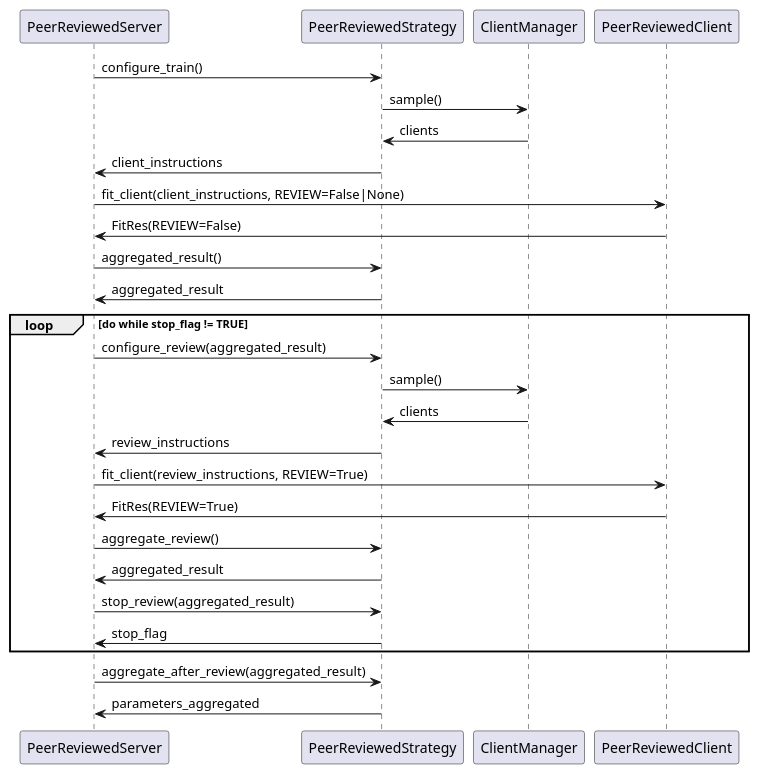
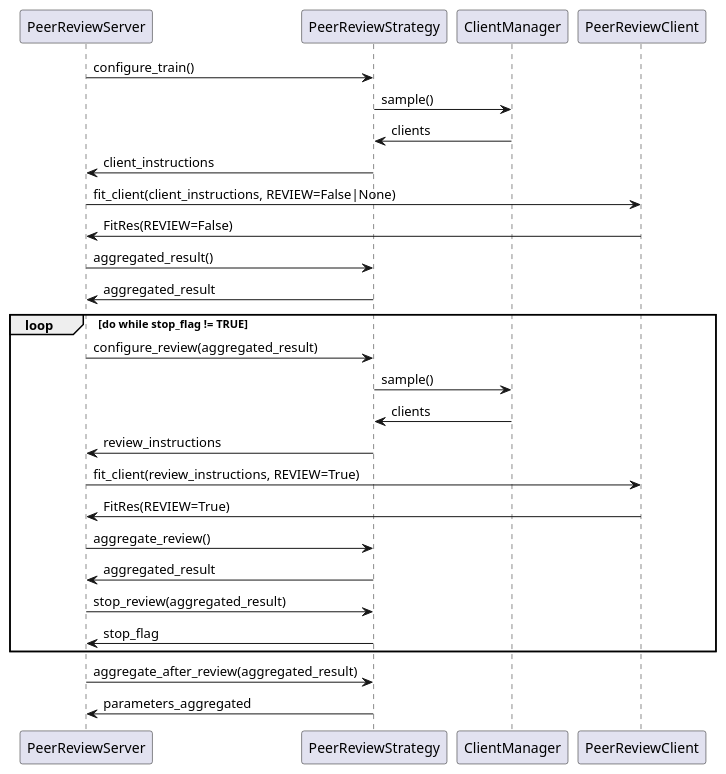
Before and after one commit to passerim/peer-review-flower: the diagram in doc/imgs/sequenza.puml, drawn with PlantUML. The commit also changed 5 other files, not shown here.

Commit message:
Updated diagrams and readme

```diff
--- a/doc/imgs/sequenza.puml
+++ b/doc/imgs/sequenza.puml
@@ -1,24 +1,24 @@
 @startuml sequenza
-PeerReviewedServer -> PeerReviewedStrategy: configure_train()
-PeerReviewedStrategy -> ClientManager: sample()
-ClientManager -> PeerReviewedStrategy: clients
-PeerReviewedStrategy -> PeerReviewedServer: client_instructions
-PeerReviewedServer -> PeerReviewedClient: fit_client(client_instructions, REVIEW=False|None)
-PeerReviewedClient -> PeerReviewedServer: FitRes(REVIEW=False)
-PeerReviewedServer -> PeerReviewedStrategy: aggregated_result()
-PeerReviewedStrategy -> PeerReviewedServer: aggregated_result
+PeerReviewServer -> PeerReviewStrategy: configure_train()
+PeerReviewStrategy -> ClientManager: sample()
+ClientManager -> PeerReviewStrategy: clients
+PeerReviewStrategy -> PeerReviewServer: client_instructions
+PeerReviewServer -> PeerReviewClient: fit_client(client_instructions, REVIEW=False|None)
+PeerReviewClient -> PeerReviewServer: FitRes(REVIEW=False)
+PeerReviewServer -> PeerReviewStrategy: aggregated_result()
+PeerReviewStrategy -> PeerReviewServer: aggregated_result
 loop do while stop_flag != TRUE
-    PeerReviewedServer -> PeerReviewedStrategy: configure_review(aggregated_result)
-    PeerReviewedStrategy -> ClientManager: sample()
-    ClientManager -> PeerReviewedStrategy: clients
-    PeerReviewedStrategy -> PeerReviewedServer: review_instructions
-    PeerReviewedServer -> PeerReviewedClient: fit_client(review_instructions, REVIEW=True)
-    PeerReviewedClient -> PeerReviewedServer: FitRes(REVIEW=True)
-    PeerReviewedServer -> PeerReviewedStrategy: aggregate_review()
-    PeerReviewedStrategy -> PeerReviewedServer: aggregated_result
-    PeerReviewedServer -> PeerReviewedStrategy: stop_review(aggregated_result)
-    PeerReviewedStrategy -> PeerReviewedServer: stop_flag
+    PeerReviewServer -> PeerReviewStrategy: configure_review(aggregated_result)
+    PeerReviewStrategy -> ClientManager: sample()
+    ClientManager -> PeerReviewStrategy: clients
+    PeerReviewStrategy -> PeerReviewServer: review_instructions
+    PeerReviewServer -> PeerReviewClient: fit_client(review_instructions, REVIEW=True)
+    PeerReviewClient -> PeerReviewServer: FitRes(REVIEW=True)
+    PeerReviewServer -> PeerReviewStrategy: aggregate_review()
+    PeerReviewStrategy -> PeerReviewServer: aggregated_result
+    PeerReviewServer -> PeerReviewStrategy: stop_review(aggregated_result)
+    PeerReviewStrategy -> PeerReviewServer: stop_flag
 end
-PeerReviewedServer -> PeerReviewedStrategy: aggregate_after_review(aggregated_result)
-PeerReviewedStrategy -> PeerReviewedServer: parameters_aggregated
+PeerReviewServer -> PeerReviewStrategy: aggregate_after_review(aggregated_result)
+PeerReviewStrategy -> PeerReviewServer: parameters_aggregated
 @enduml
```
